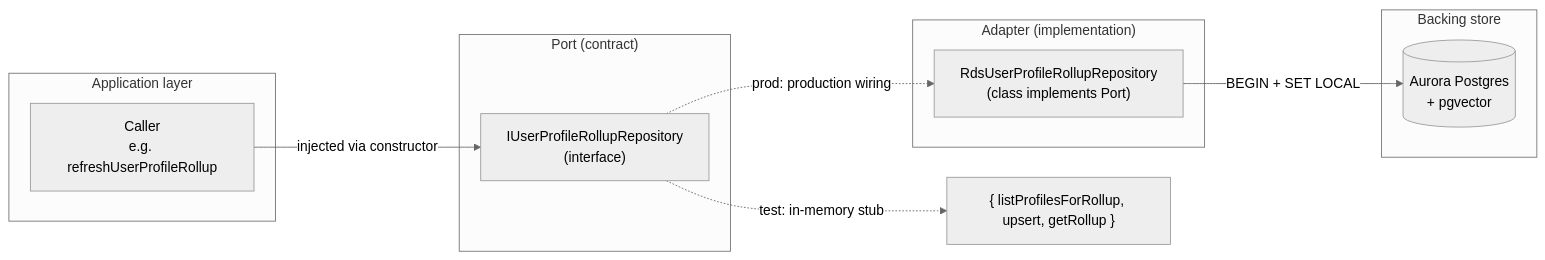
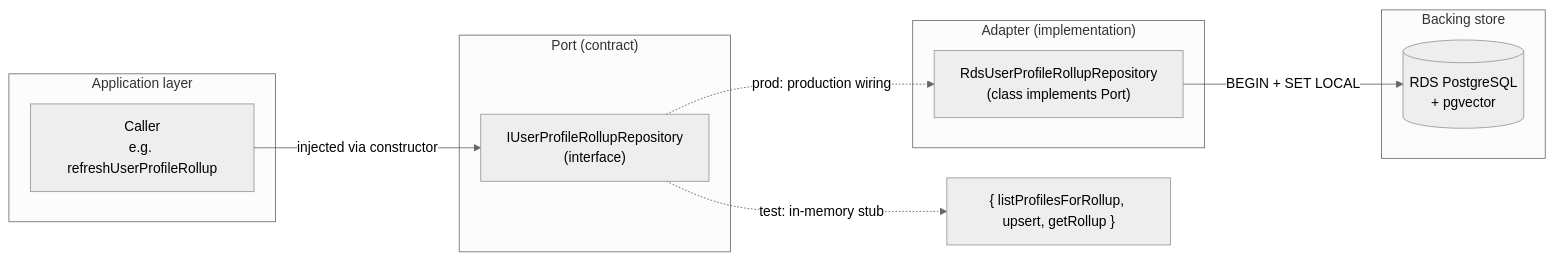
The diagram in docs/patterns/hexagonal-rds-architecture.md (Nelson-Lamounier/ai-applications), drawn with Mermaid (neutral theme) before and after one commit. The commit also changed other lines of this file and 15 other files, not shown here.

````diff
--- a/docs/patterns/hexagonal-rds-architecture.md
+++ b/docs/patterns/hexagonal-rds-architecture.md
@@ -68,23 +68,23 @@
 ```mermaid
 flowchart LR
     subgraph "Application layer"
         Caller[Caller<br/>e.g. refreshUserProfileRollup]
     end
 
     subgraph "Port (contract)"
         Port["IUserProfileRollupRepository<br/>(interface)"]
     end
 
     subgraph "Adapter (implementation)"
         Adapter["RdsUserProfileRollupRepository<br/>(class implements Port)"]
     end
 
     subgraph "Backing store"
-        Aurora[(Aurora Postgres<br/>+ pgvector)]
+        RDS[(RDS PostgreSQL<br/>+ pgvector)]
     end
 
     Caller -->|"injected via constructor"| Port
     Port -.->|"prod: production wiring"| Adapter
     Port -.->|"test: in-memory stub"| Stub["{ listProfilesForRollup, upsert, getRollup }"]
-    Adapter -->|"BEGIN + SET LOCAL"| Aurora
+    Adapter -->|"BEGIN + SET LOCAL"| RDS
 ```
````
